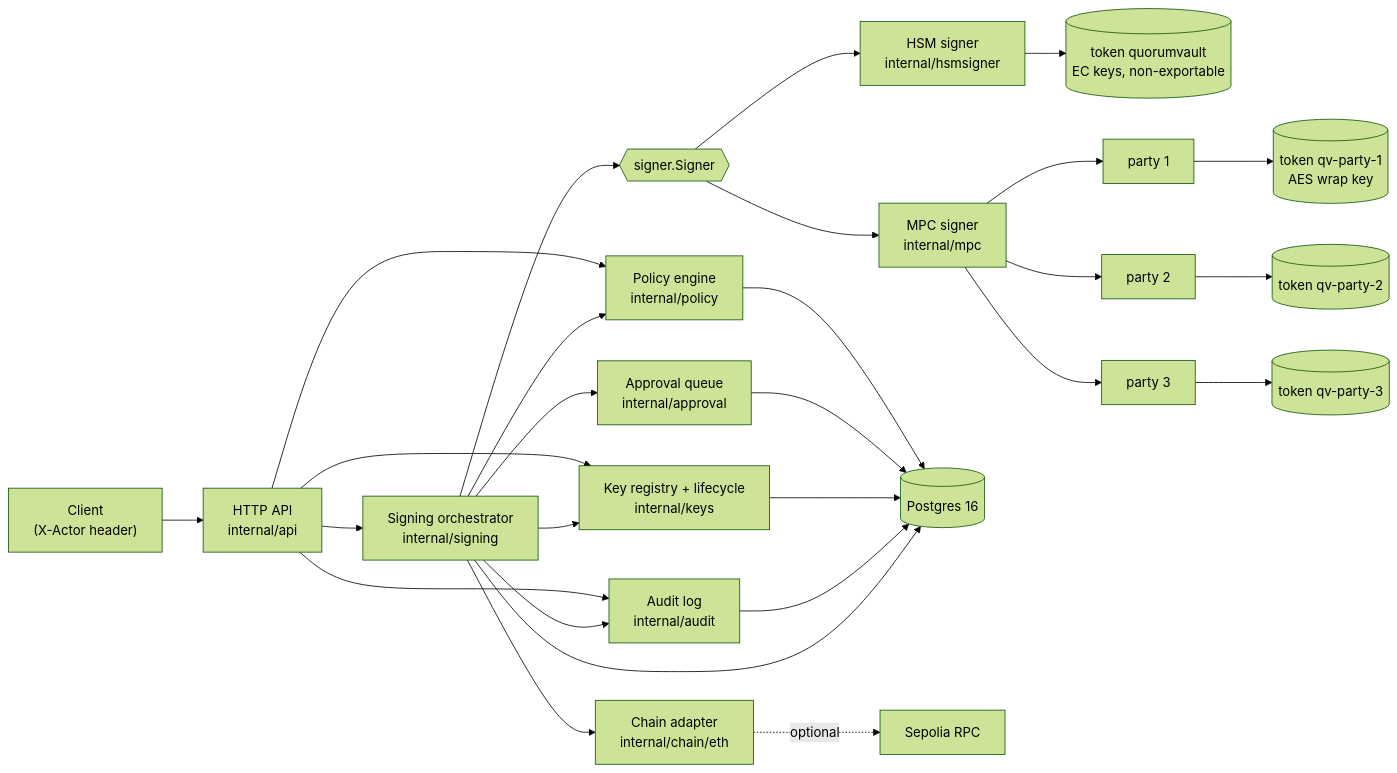
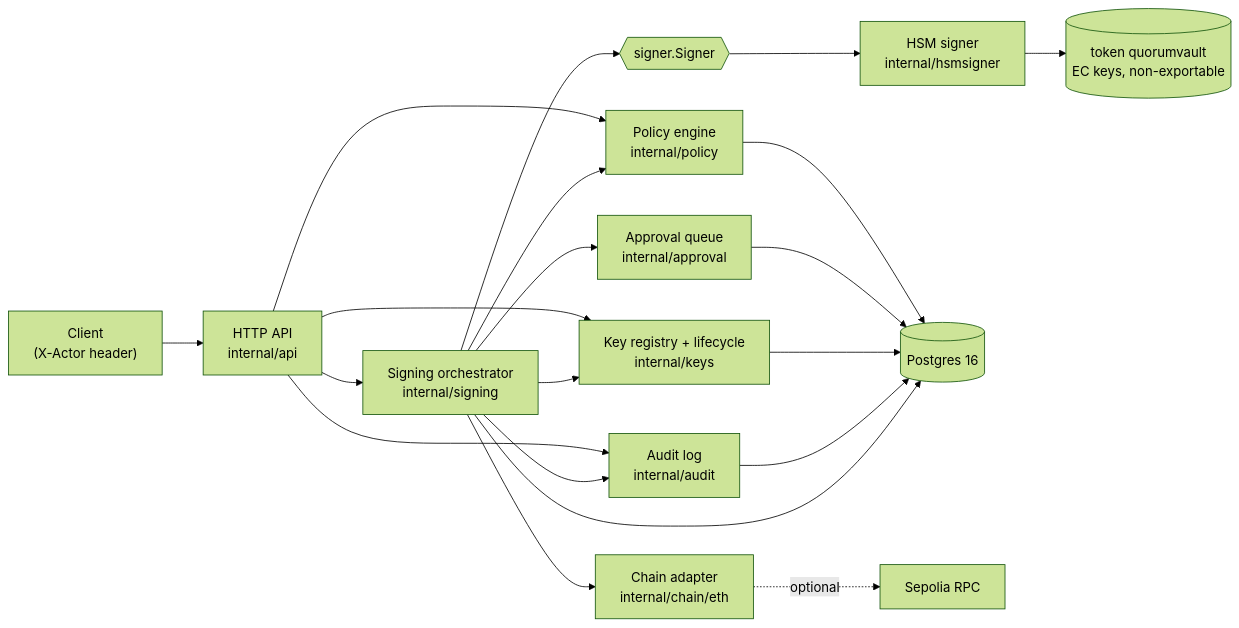
The second of 6 diagrams in docs/architecture.md (ws4charlie/quorum-vault), drawn with Mermaid (forest theme) before and after one commit. The commit also changed other lines of this file and 41 other files, not shown here.

````diff
--- a/docs/architecture.md
+++ b/docs/architecture.md
@@ -10,23 +60,18 @@
 ```mermaid
 flowchart LR
   client["Client<br/>(X-Actor header)"] --> api["HTTP API<br/>internal/api"]
   api --> svc["Signing orchestrator<br/>internal/signing"]
   api --> reg
   api --> pol
   api --> aud
   svc --> pol["Policy engine<br/>internal/policy"]
   svc --> apq["Approval queue<br/>internal/approval"]
   svc --> reg["Key registry + lifecycle<br/>internal/keys"]
   svc --> eth["Chain adapter<br/>internal/chain/eth"]
   svc --> aud["Audit log<br/>internal/audit"]
   svc --> sig{{"signer.Signer"}}
   sig --> hsms["HSM signer<br/>internal/hsmsigner"]
-  sig --> mpcs["MPC signer<br/>internal/mpc"]
   hsms --> tok0[("token quorumvault<br/>EC keys, non-exportable")]
-  mpcs --> p1["party 1"] & p2["party 2"] & p3["party 3"]
-  p1 --> t1[("token qv-party-1<br/>AES wrap key")]
-  p2 --> t2[("token qv-party-2")]
-  p3 --> t3[("token qv-party-3")]
   pol & apq & reg & aud & svc --> pg[("Postgres 16")]
   eth -. optional .-> rpc["Sepolia RPC"]
 ```
````
